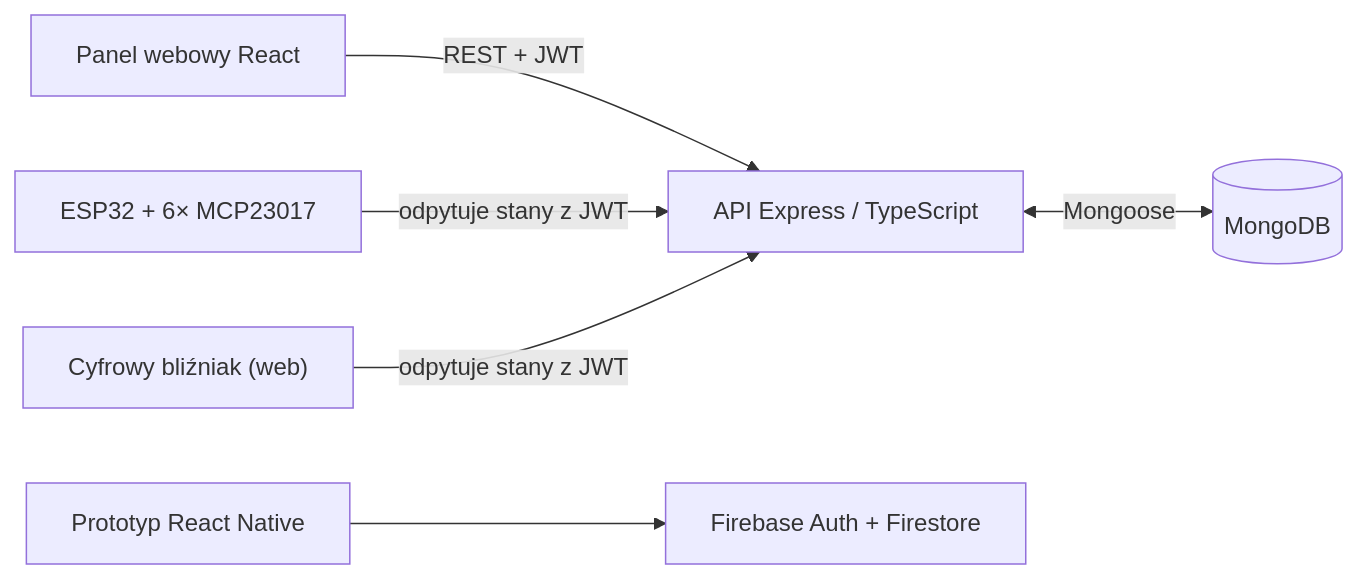
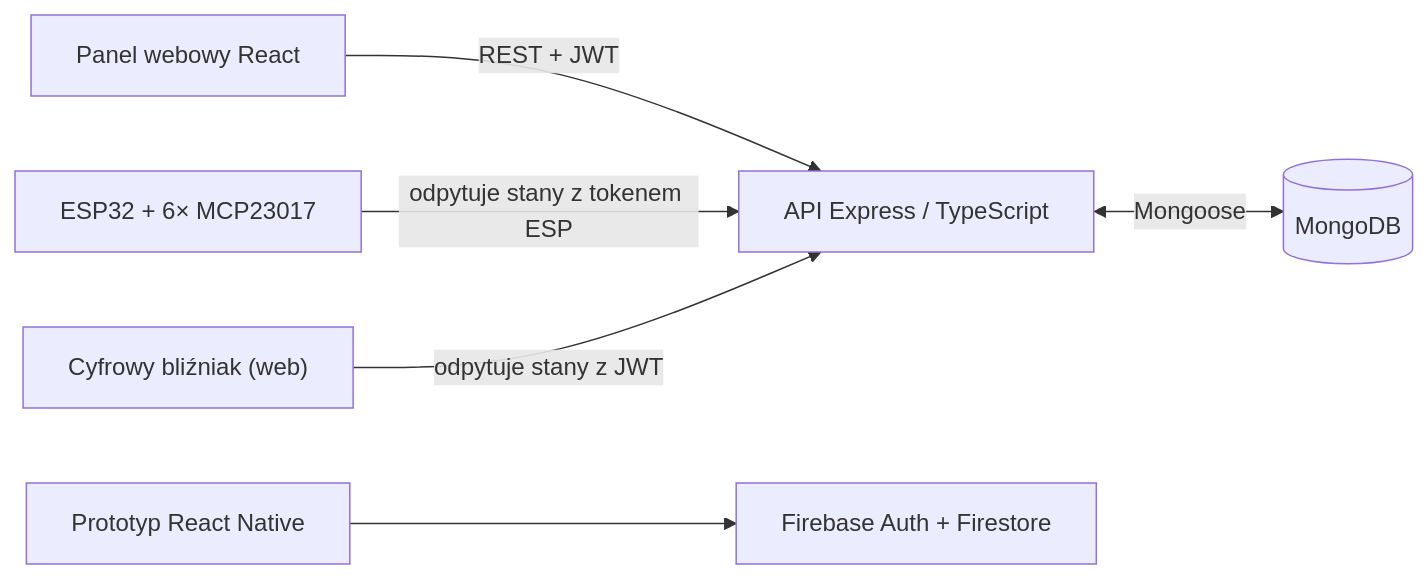
One commit to Kamilr616/smart_city_hub changed the diagram in docs/DOCUMENTATION.pl.md. Above: the diagram before and after it, drawn with Mermaid. The commit also changed other lines of this file and 45 other files, not shown here.

````diff
--- a/docs/DOCUMENTATION.pl.md
+++ b/docs/DOCUMENTATION.pl.md
@@ -14,8 +14,8 @@
 ```mermaid
 flowchart LR
     WEB["Panel webowy React"] -->|"REST + JWT"| API["API Express / TypeScript"]
-    ESP["ESP32 + 6× MCP23017"] -->|"odpytuje stany z JWT"| API
+    ESP["ESP32 + 6× MCP23017"] -->|"odpytuje stany z tokenem ESP"| API
     API <-->|"Mongoose"| DB[(MongoDB)]
     MOBILE["Prototyp React Native"] --> FB["Firebase Auth + Firestore"]
     Twin["Cyfrowy bliźniak (web)"] -->|"odpytuje stany z JWT"| API
 ```
````
